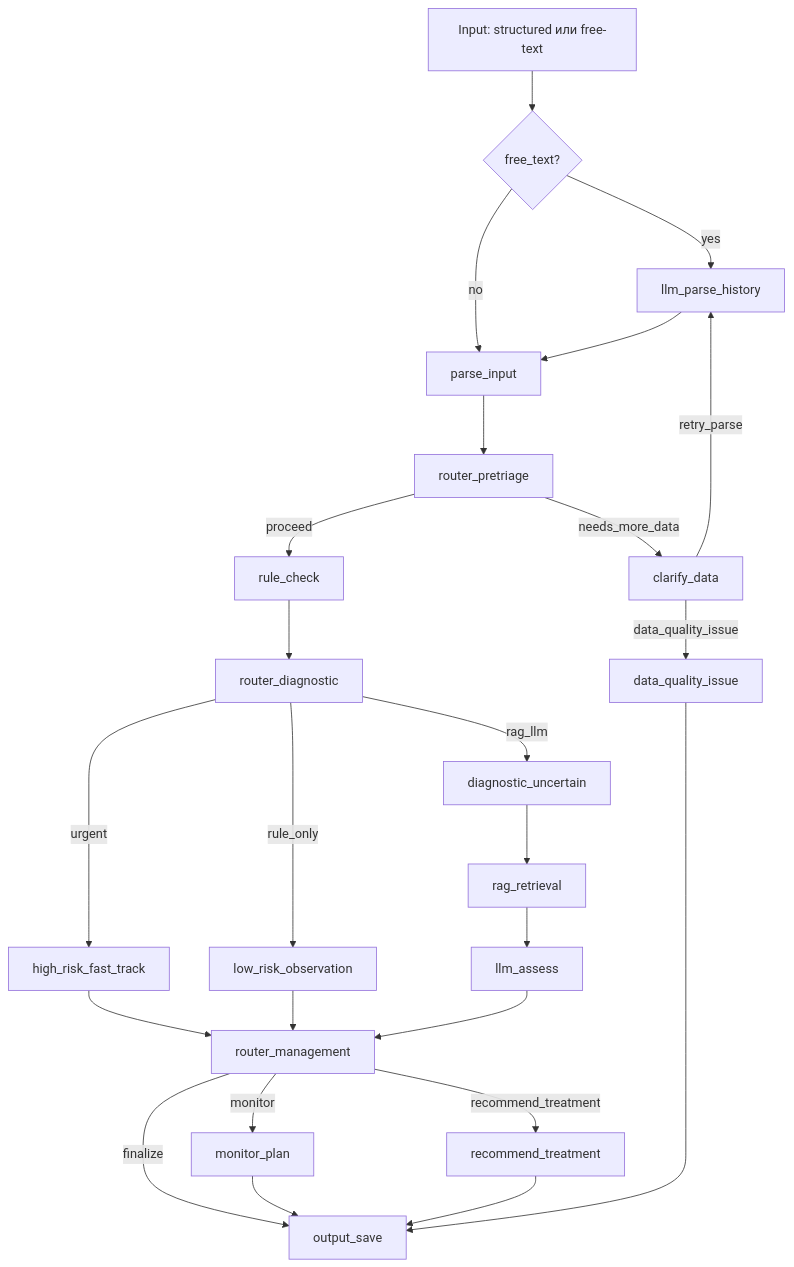
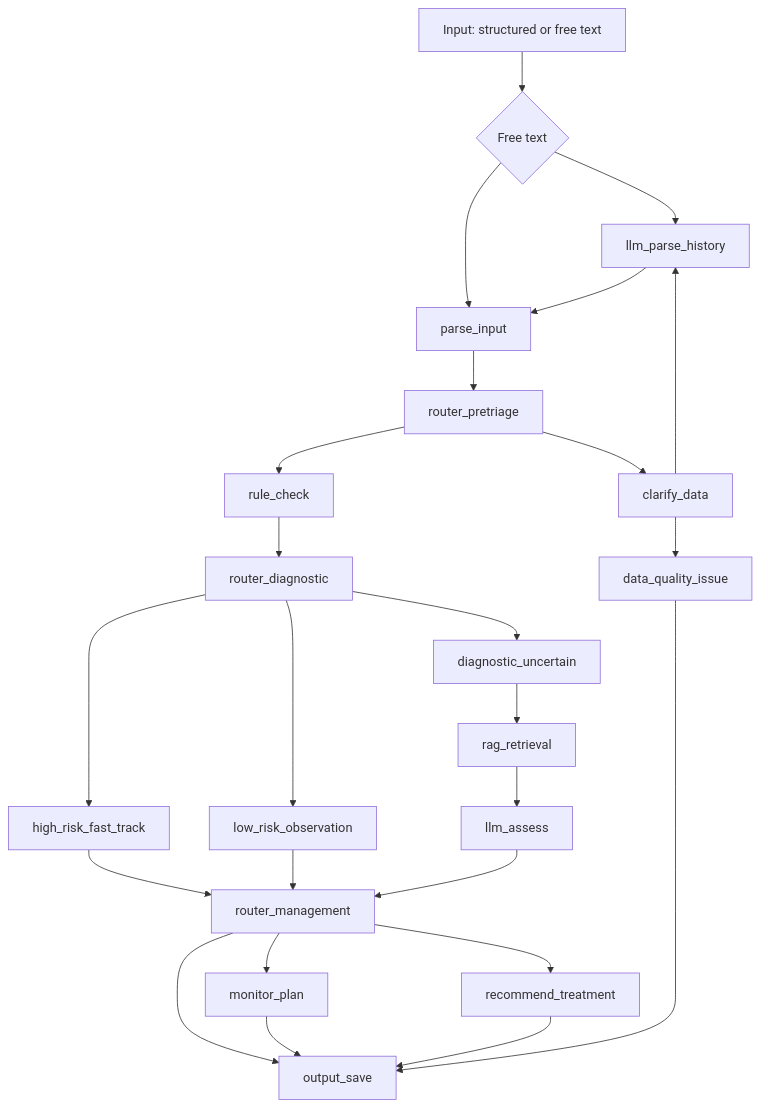
Before and after one commit to Dnoniel-Ermolaev/VKR_OKR_2026: the second of 2 diagrams in README.md, drawn with Mermaid. The commit also changed other lines of this file, not shown here.

````diff
--- a/README.md
+++ b/README.md
@@ -70,27 +79,37 @@
 ```mermaid
-graph TD
-    Start["Input: structured или free-text"] --> FreeText{"free_text?"}
-    FreeText -->|yes| ParseHistory[llm_parse_history]
-    FreeText -->|no| ParseInput[parse_input]
-    ParseHistory --> ParseInput
-    ParseInput --> Pretriage[router_pretriage]
-    Pretriage -->|needs_more_data| Clarify[clarify_data]
-    Clarify -->|retry_parse| ParseHistory
-    Clarify -->|data_quality_issue| DataIssue[data_quality_issue]
-    Pretriage -->|proceed| RuleCheck[rule_check]
-    RuleCheck --> Diagnostic[router_diagnostic]
-    Diagnostic -->|urgent| FastTrack[high_risk_fast_track]
-    Diagnostic -->|rag_llm| Uncertain[diagnostic_uncertain]
-    Diagnostic -->|rule_only| Observation[low_risk_observation]
-    Uncertain --> RagRetrieval[rag_retrieval]
-    RagRetrieval --> LlmAssess[llm_assess]
-    FastTrack --> Management[router_management]
-    Observation --> Management
-    LlmAssess --> Management
-    Management -->|monitor| MonitorPlan[monitor_plan]
-    Management -->|recommend_treatment| Recommend[recommend_treatment]
-    Management -->|finalize| OutputSave[output_save]
-    MonitorPlan --> OutputSave
-    Recommend --> OutputSave
-    DataIssue --> OutputSave
+flowchart TD
+    A[Input: structured or free text] --> B{Free text}
+
+    B --> C[llm_parse_history]
+    B --> D[parse_input]
+
+    C --> D
+    D --> E[router_pretriage]
+
+    E --> F[clarify_data]
+    E --> G[rule_check]
+
+    F --> C
+    F --> H[data_quality_issue]
+
+    G --> I[router_diagnostic]
+
+    I --> J[high_risk_fast_track]
+    I --> K[diagnostic_uncertain]
+    I --> L[low_risk_observation]
+
+    K --> M[rag_retrieval]
+    M --> N[llm_assess]
+
+    J --> O[router_management]
+    L --> O
+    N --> O
+
+    O --> P[monitor_plan]
+    O --> Q[recommend_treatment]
+    O --> R[output_save]
+
+    P --> R
+    Q --> R
+    H --> R
 ```
````
